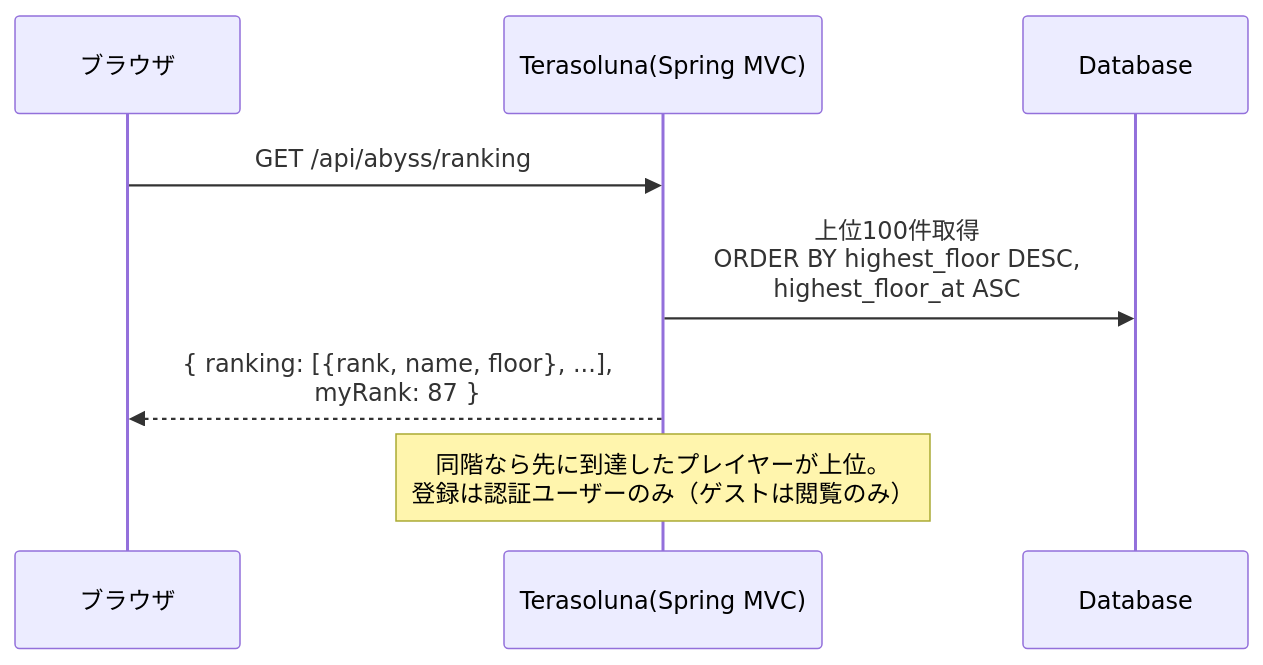
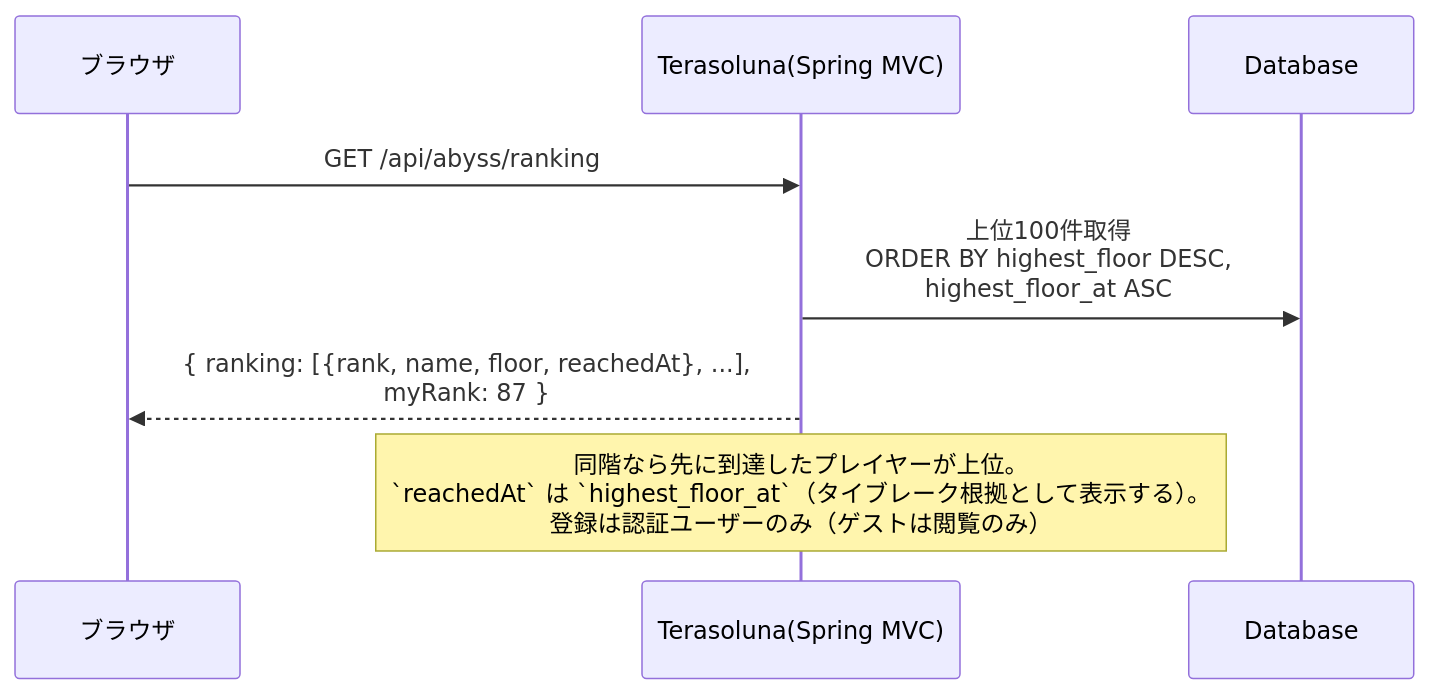
One commit to dateeee/2026_AFKGAME changed the second of 3 diagrams in docs/diagrams/api_sequence/endgame.md. Above: the diagram before and after it, drawn with Mermaid. The commit also changed other lines of this file and 6 other files, not shown here.

First line of the commit message:
docs: Phase 5 設計図レビュー指摘の反映（ISSUE-701〜709）

````diff
--- a/docs/diagrams/api_sequence/endgame.md
+++ b/docs/diagrams/api_sequence/endgame.md
@@ -62,13 +63,13 @@
 ```mermaid
 %%{init: {'theme': 'default', 'sequence': {'actorFontSize': 18, 'messageFontSize': 16, 'noteFontSize': 14}} }%%
 sequenceDiagram
     participant B as ブラウザ
     participant API as Terasoluna(Spring MVC)
     participant DB as Database
 
     B->>API: GET /api/abyss/ranking
     API->>DB: 上位100件取得<br/>ORDER BY highest_floor DESC,<br/>highest_floor_at ASC
-    API-->>B: { ranking: [{rank, name, floor}, ...],<br/>  myRank: 87 }
+    API-->>B: { ranking: [{rank, name, floor, reachedAt}, ...],<br/>  myRank: 87 }
 
-    Note over API: 同階なら先に到達したプレイヤーが上位。<br/>登録は認証ユーザーのみ（ゲストは閲覧のみ）
+    Note over API: 同階なら先に到達したプレイヤーが上位。<br/>`reachedAt` は `highest_floor_at`（タイブレーク根拠として表示する）。<br/>登録は認証ユーザーのみ（ゲストは閲覧のみ）
 ```
````
